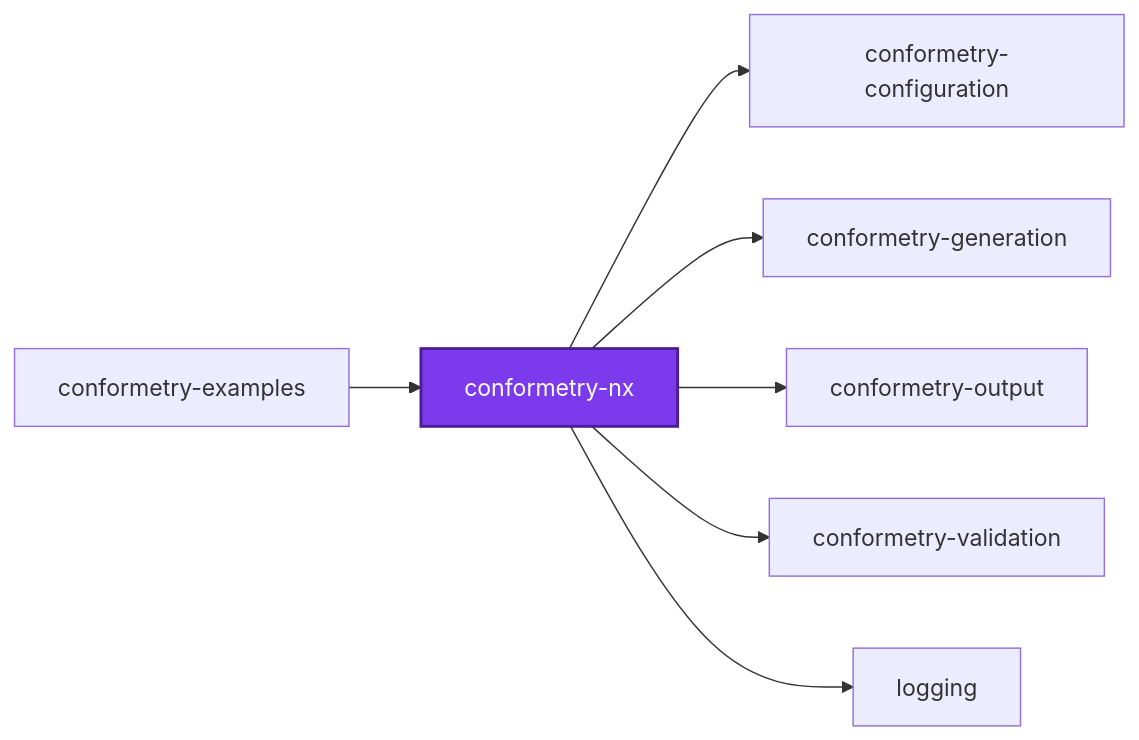
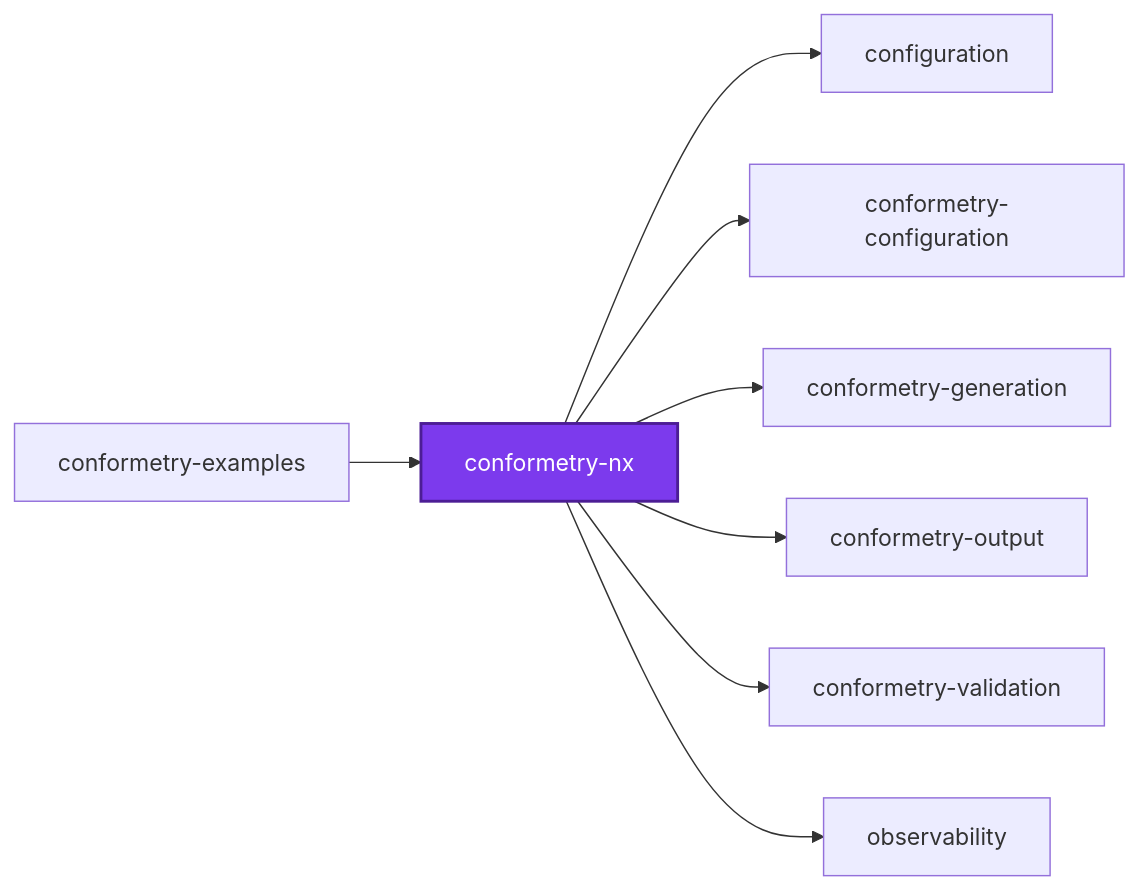
Before and after one commit to organizzolini/codebase: the first of 3 diagrams in projects/ic-suite/conformetry/conformetry-nx/README.md, drawn with Mermaid. The commit also changed other lines of this file and 2324 other files, not shown here.

````diff
--- a/projects/ic-suite/conformetry/conformetry-nx/README.md
+++ b/projects/ic-suite/conformetry/conformetry-nx/README.md
@@ -425,18 +425,20 @@
 ```mermaid
 graph LR
+  configuration["configuration"]
   conformetry_configuration["conformetry-configuration"]
   conformetry_examples["conformetry-examples"]
   conformetry_generation["conformetry-generation"]
   conformetry_nx["conformetry-nx"]
   conformetry_output["conformetry-output"]
   conformetry_validation["conformetry-validation"]
-  logging["logging"]
+  observability["observability"]
   conformetry_examples --> conformetry_nx
+  conformetry_nx --> configuration
   conformetry_nx --> conformetry_configuration
   conformetry_nx --> conformetry_generation
   conformetry_nx --> conformetry_output
   conformetry_nx --> conformetry_validation
-  conformetry_nx --> logging
+  conformetry_nx --> observability
   classDef subject fill:#7c3aed,color:#fff,stroke:#4c1d95,stroke-width:2px
   class conformetry_nx subject
 ```
````
